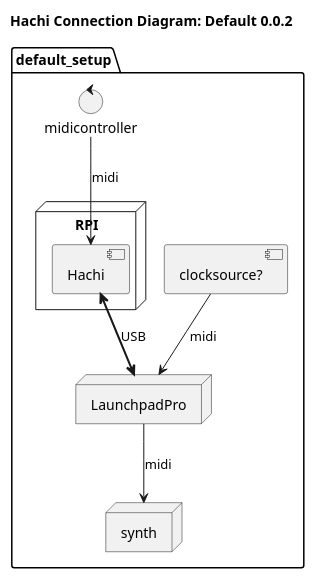
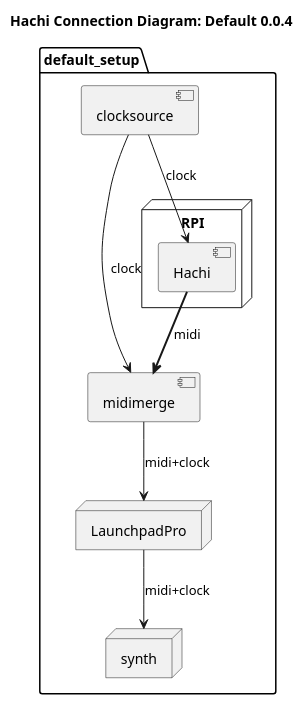
Before and after one commit to perkowitz/issho: the diagram in doc/setups/default.puml, drawn with PlantUML.

Commit message:
merge clock

```diff
--- a/doc/setups/default.puml
+++ b/doc/setups/default.puml
@@ -1,23 +1,24 @@
 @startuml
 title
-Hachi Connection Diagram: Default 0.0.2
+Hachi Connection Diagram: Default 0.0.4
 end title
 
 package default_setup {
-component "clocksource?" as clk
-control midicontroller as ctl
+component "clocksource" as clk
+component "midimerge" as mrg
 node LaunchpadPro as lpp
 node synth
 
 node RPI {
 component  "Hachi" as hachi
 }
 
-clk --> lpp: midi
-ctl --> hachi: midi
+clk --> mrg: clock
+clk --> hachi: clock
 
-hachi <==> lpp: USB
-lpp --> synth: midi
+hachi ==> mrg: midi
+
+mrg --> lpp: midi+clock
+lpp --> synth: midi+clock
 }
-
 @enduml
```
